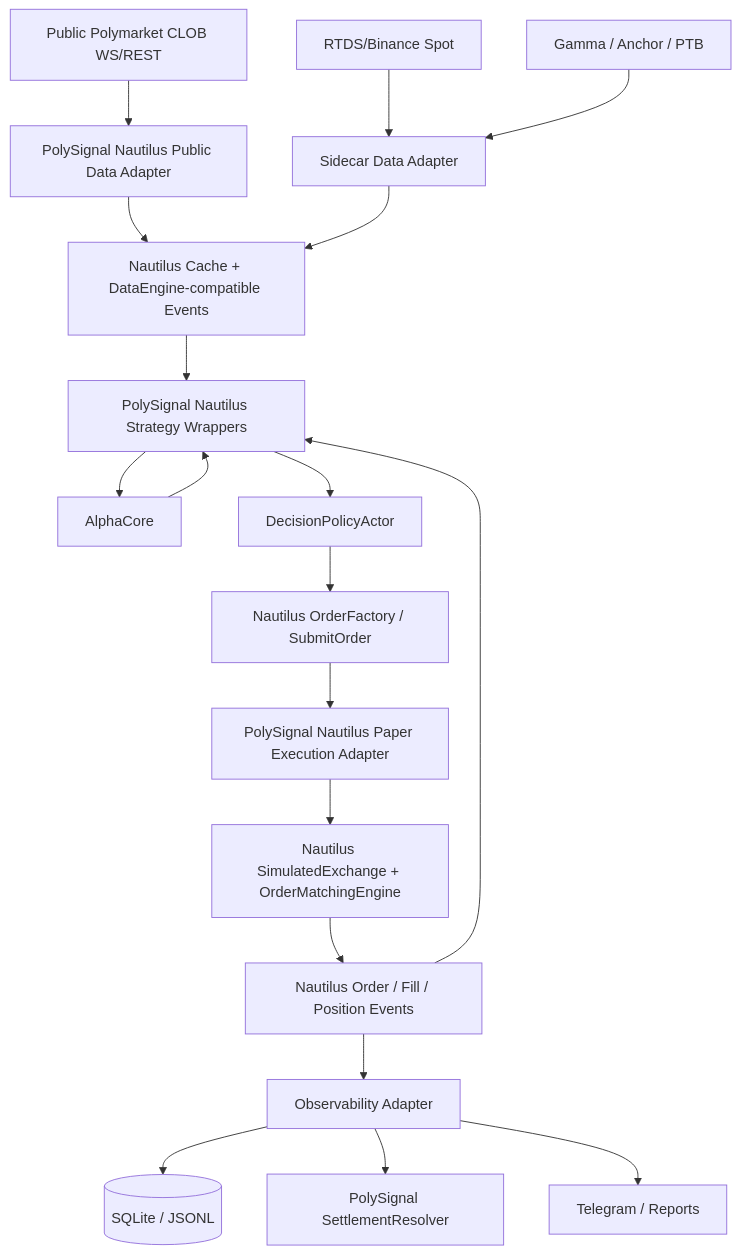
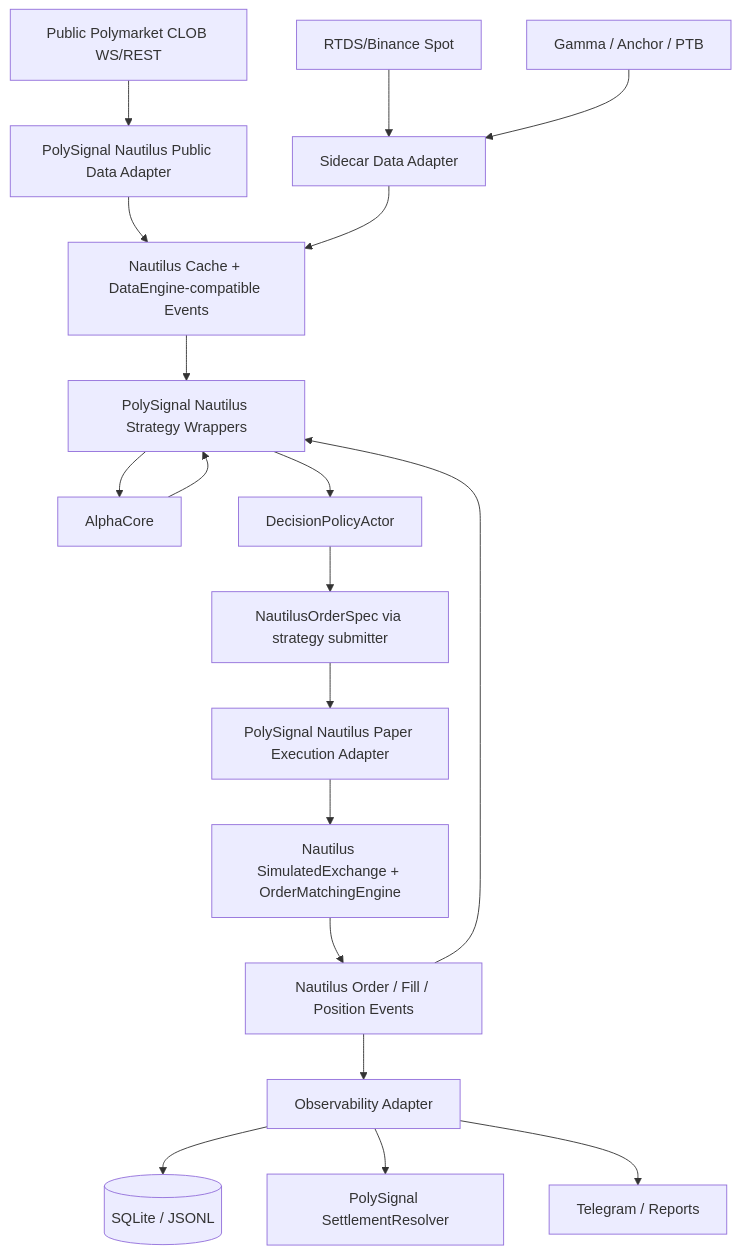
The diagram in docs/superpowers/specs/2026-06-26-nautilus-matching-paper-migration-design.md (6Kmfi6HP/polysignal-lab), drawn with Mermaid before and after one commit. The commit also changed other lines of this file, not shown here.

Commit message:
docs: correct nautilus matching migration spec

````diff
--- a/docs/superpowers/specs/2026-06-26-nautilus-matching-paper-migration-design.md
+++ b/docs/superpowers/specs/2026-06-26-nautilus-matching-paper-migration-design.md
@@ -140,21 +166,21 @@
 ```mermaid
 flowchart TB
     PMWS[Public Polymarket CLOB WS/REST] --> DATA[PolySignal Nautilus Public Data Adapter]
     RTDS[RTDS/Binance Spot] --> SIDE[Sidecar Data Adapter]
     GAMMA[Gamma / Anchor / PTB] --> SIDE
     DATA --> CACHE[Nautilus Cache + DataEngine-compatible Events]
     SIDE --> CACHE
     CACHE --> STRAT[PolySignal Nautilus Strategy Wrappers]
     STRAT --> CORE[AlphaCore]
     CORE --> STRAT
     STRAT --> POLICY[DecisionPolicyActor]
-    POLICY --> ORDER[Nautilus OrderFactory / SubmitOrder]
+    POLICY --> ORDER[NautilusOrderSpec via strategy submitter]
     ORDER --> MATCH[PolySignal Nautilus Paper Execution Adapter]
     MATCH --> SIM[Nautilus SimulatedExchange + OrderMatchingEngine]
     SIM --> EVENTS[Nautilus Order / Fill / Position Events]
     EVENTS --> STRAT
     EVENTS --> OBS[Observability Adapter]
     OBS --> SQL[(SQLite / JSONL)]
     OBS --> SETTLE[PolySignal SettlementResolver]
     OBS --> TG[Telegram / Reports]
 ```
````
